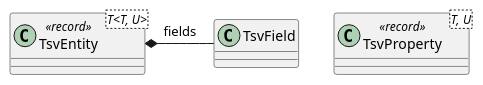
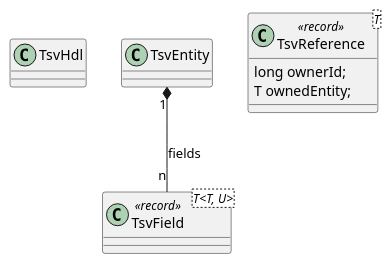
Before and after one commit to tangly-team/tangly-os: the third of 3 diagrams in net.tangly.gleam/src/site/userGuide.adoc, drawn with PlantUML. The commit also changed other lines of this file and 15 other files, not shown here.

```diff
--- a/net.tangly.gleam/src/site/userGuide.adoc
+++ b/net.tangly.gleam/src/site/userGuide.adoc
@@ -79,7 +102,12 @@
-[plantuml, tsv-class-diagram, svg]
+[plantuml,tsv-class-diagram,svg]
 ....
-class TsvProperty<T, U> <<record>> {}
-class TsvEntity<T<T, U>> <<record>> {}
+class TsvHdl {}
+class TsvField<T, U> <<record>> {}
+class TsvField<T<T, U>> <<record>> {}
+class TsvReference<T> <<record>> {
+    long ownerId;
+    T ownedEntity;
+}
 
-TsvEntity *- TsvField : fields
+TsvEntity "1" *-- "n" TsvField : fields
 ....
```
